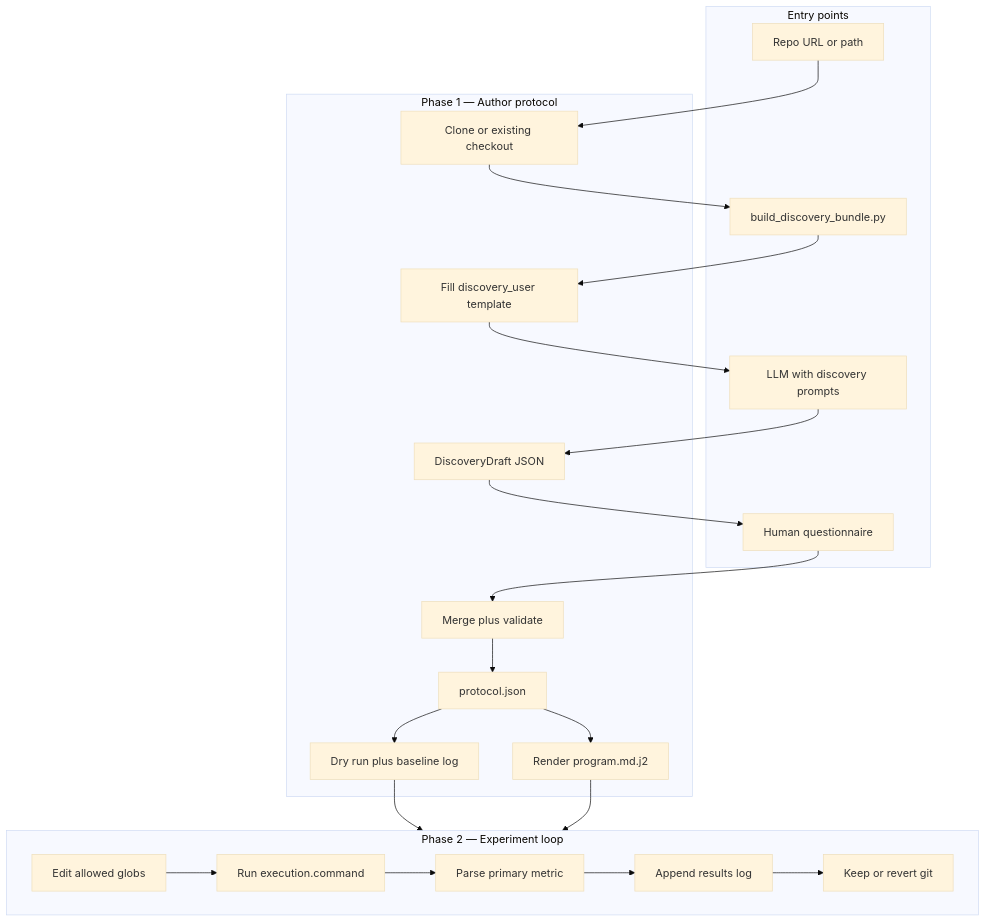
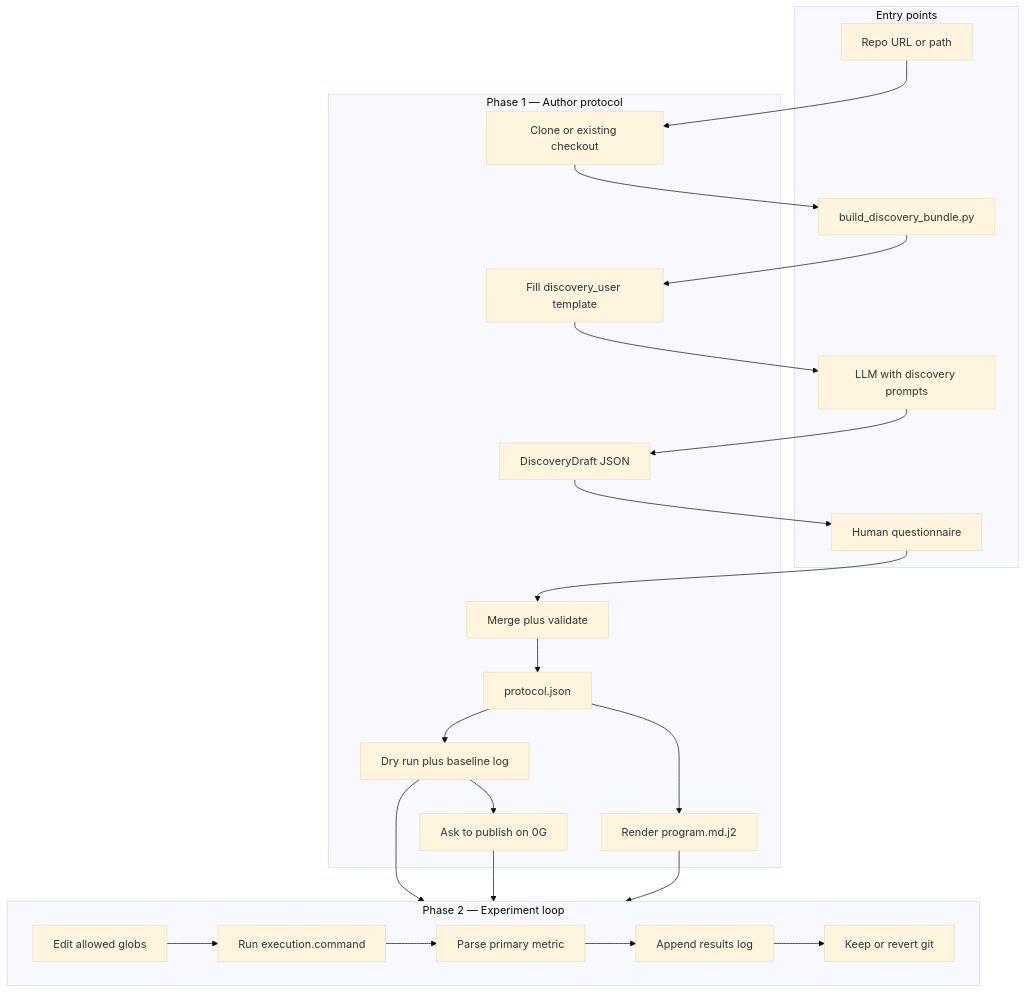
Before and after one commit to Auto-Research-At-Home/skill: the first of 3 diagrams in autoresearch-create/workflow.md, drawn with Mermaid (base theme). The commit also changed other lines of this file and 10 other files, not shown here.

````diff
--- a/autoresearch-create/workflow.md
+++ b/autoresearch-create/workflow.md
@@ -9,41 +9,44 @@
 ```mermaid
 flowchart TB
   subgraph entry [Entry points]
     url[Repo URL or path]
     bundleScript[build_discovery_bundle.py]
     llm[LLM with discovery prompts]
     human[Human questionnaire]
   end
 
   subgraph phase1 [Phase 1 — Author protocol]
     clone[Clone or existing checkout]
     fill[Fill discovery_user template]
     draft[DiscoveryDraft JSON]
     merge[Merge plus validate]
     proto[protocol.json]
     render[Render program.md.j2]
     baseline[Dry run plus baseline log]
+    publish[Ask to publish on 0G]
   end
 
   subgraph phase2 [Phase 2 — Experiment loop]
     edit[Edit allowed globs]
     run[Run execution.command]
     metric[Parse primary metric]
     log[Append results log]
     gitkeep[Keep or revert git]
   end
 
   url --> clone
   bundleScript --> fill
   clone --> bundleScript
   fill --> llm
   llm --> draft
   draft --> human
   human --> merge
   merge --> proto
   proto --> render
   proto --> baseline
+  baseline --> publish
   baseline --> phase2
+  publish --> phase2
   render --> phase2
   edit --> run --> metric --> log --> gitkeep
 ```
````
